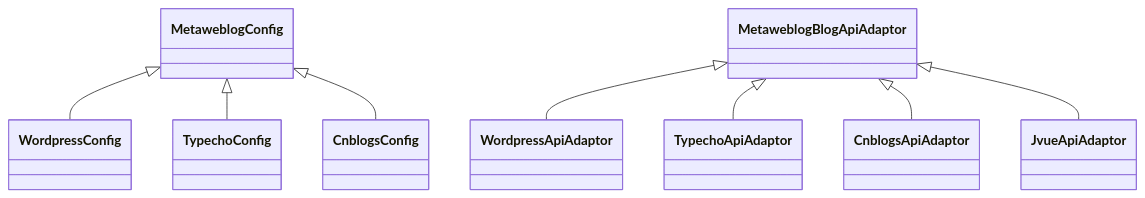
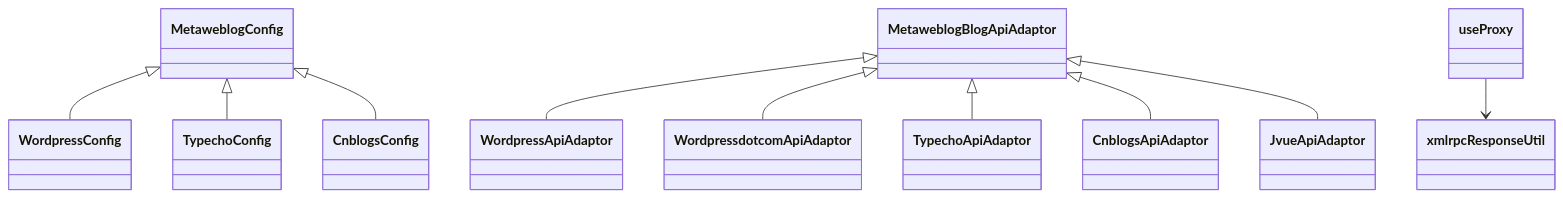
One commit to terwer/siyuan-plugin-publisher changed the sixth of 6 diagrams in .qoder/repowiki/zh/content/平台适配器系统/博客平台适配器/Metaweblog协议适配器.md. Above: the diagram before and after it, drawn with Mermaid. The commit also changed other lines of this file and 16 other files, not shown here.

First line of the commit message:
feat(metaweblog): enhance XML-RPC proxy and platform adapter system

````diff
--- a/.qoder/repowiki/zh/content/平台适配器系统/博客平台适配器/Metaweblog协议适配器.md
+++ b/.qoder/repowiki/zh/content/平台适配器系统/博客平台适配器/Metaweblog协议适配器.md
@@ -246,10 +356,12 @@
 ```mermaid
 classDiagram
 MetaweblogConfig <|-- WordpressConfig
 MetaweblogConfig <|-- TypechoConfig
 MetaweblogConfig <|-- CnblogsConfig
 MetaweblogBlogApiAdaptor <|-- WordpressApiAdaptor
+MetaweblogBlogApiAdaptor <|-- WordpressdotcomApiAdaptor
 MetaweblogBlogApiAdaptor <|-- TypechoApiAdaptor
 MetaweblogBlogApiAdaptor <|-- CnblogsApiAdaptor
 MetaweblogBlogApiAdaptor <|-- JvueApiAdaptor
+useProxy --> xmlrpcResponseUtil
 ```
````
